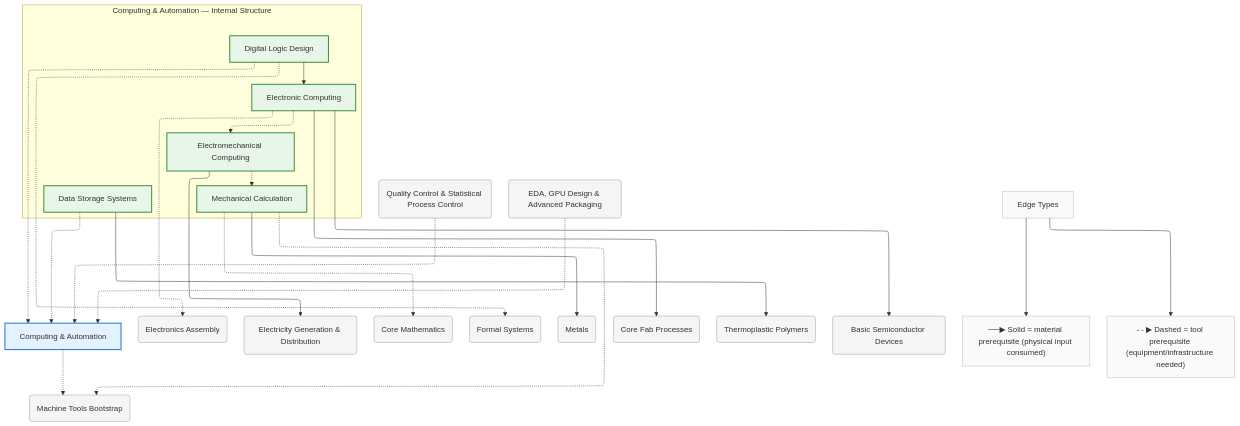
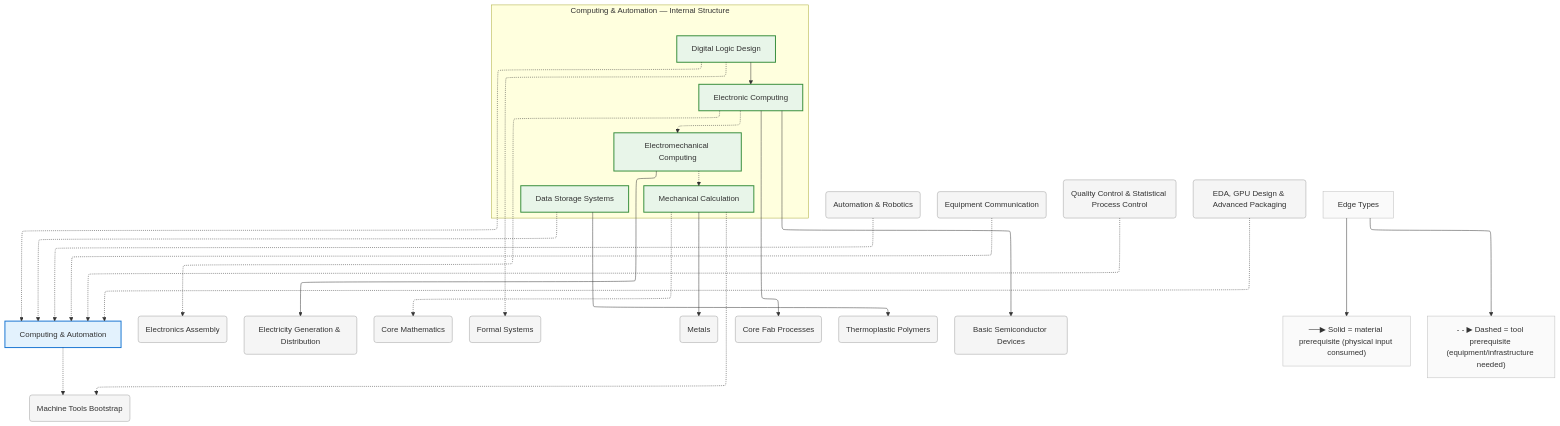
The diagram in diagrams/mermaid/computing.mmd (egofree/TechTree), drawn with Mermaid before and after one commit. The commit also changed 51 other files, not shown here.

```diff
--- a/diagrams/mermaid/computing.mmd
+++ b/diagrams/mermaid/computing.mmd
@@ -1,81 +1,87 @@
 %%{init: {"flowchart": {"defaultRenderer": "elk", "htmlLabels": true}}}%%
 graph TD
     %% Domain: Computing & Automation
 
     %% ==================== INTERNAL NODES ====================
     subgraph computing_internal ["Computing & Automation — Internal Structure"]
         direction TB
         computing_mechanical["Mechanical Calculation"]
         computing_electromechanical["Electromechanical Computing"]
         computing_electronic["Electronic Computing"]
         computing_digital-logic["Digital Logic Design"]
         computing_data-storage["Data Storage Systems"]
     end
 
     %% ==================== DOMAIN NODE ====================
     computing["Computing & Automation"]
 
     %% ==================== EXTERNAL DEPENDENCIES ====================
+    automation("Automation & Robotics")
+    automation_equipment-communication("Equipment Communication")
     electronics_assembly("Electronics Assembly")
     energy_electricity("Electricity Generation & Distribution")
     machine-tools("Machine Tools Bootstrap")
     mathematics_core-mathematics("Core Mathematics")
     mathematics_formal-systems("Formal Systems")
     metals("Metals")
     photolithography_fab-processes("Core Fab Processes")
     polymers_thermoplastics("Thermoplastic Polymers")
     quality-control("Quality Control & Statistical Process Control")
     silicon_basic-devices("Basic Semiconductor Devices")
     vlsi-scaling_eda-design("EDA, GPU Design & Advanced Packaging")
 
     %% ==================== EDGES ====================
     computing_electromechanical -.-> computing_mechanical
     computing_electronic -.-> computing_electromechanical
     computing_digital-logic -.-> computing
     computing_digital-logic --> computing_electronic
     computing_data-storage -.-> computing
     vlsi-scaling_eda-design -.-> computing
     computing -.-> machine-tools
     computing_mechanical -.-> machine-tools
     computing_mechanical --> metals
     computing_electromechanical --> energy_electricity
     computing_electronic --> silicon_basic-devices
     computing_data-storage --> polymers_thermoplastics
     computing_electronic --> photolithography_fab-processes
     computing_electronic -.-> electronics_assembly
     computing_mechanical -.-> mathematics_core-mathematics
     computing_digital-logic -.-> mathematics_formal-systems
     quality-control -.-> computing
+    automation -.-> computing
+    automation_equipment-communication -.-> computing
 
     %% ==================== EDGE TYPE LEGEND ====================
     EdgeLegend["Edge Types"]
     EdgeLegend --> MatNote["──▶ Solid = material prerequisite (physical input consumed)"]
     EdgeLegend --> ToolNote["- - ▶ Dashed = tool prerequisite (equipment/infrastructure needed)"]
 
     %% ==================== STYLING ====================
     classDef domain fill:#e3f2fd,stroke:#1976d2,stroke-width:2px
     classDef capability fill:#e8f5e9,stroke:#388e3c,stroke-width:2px
     classDef process fill:#fff3e0,stroke:#f57c00,stroke-width:2px
     classDef critical fill:#fff3e0,stroke:#f57c00,stroke-width:3px
     classDef earlyWin fill:#e8f5e9,stroke:#388e3c,stroke-width:3px
     classDef pinnacle fill:#fce4ec,stroke:#c62828,stroke-width:3px
     classDef external fill:#f5f5f5,stroke:#9e9e9e,stroke-width:1px
     classDef legend fill:#fafafa,stroke:#bdbdbd,stroke-width:1px
     class computing domain
     class computing_mechanical capability
     class computing_electromechanical capability
     class computing_electronic capability
     class computing_digital-logic capability
     class computing_data-storage capability
+    class automation external
+    class automation_equipment-communication external
     class electronics_assembly external
     class energy_electricity external
     class machine-tools external
     class mathematics_core-mathematics external
     class mathematics_formal-systems external
     class metals external
     class photolithography_fab-processes external
     class polymers_thermoplastics external
     class quality-control external
     class silicon_basic-devices external
     class vlsi-scaling_eda-design external
     class EdgeLegend,MatNote,ToolNote legend
```
